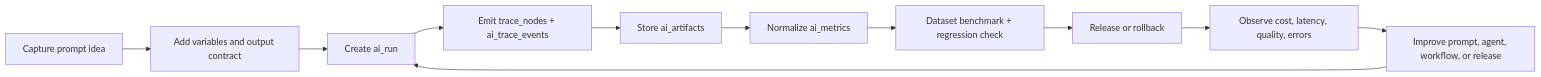
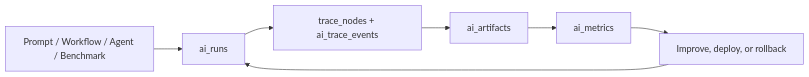
One commit to obone410/AI-Prompt-Management-Platform changed the diagram in README.md. Above: the diagram before and after it, drawn with Mermaid. The commit also changed other lines of this file and 5 other files, not shown here.

````diff
--- a/README.md
+++ b/README.md
@@ -90,13 +41,9 @@
 ```mermaid
 flowchart LR
-  Capture["Capture prompt idea"] --> Structure["Add variables and output contract"]
-  Structure --> Run["Create ai_run"]
-  Run --> Trace["Emit trace_nodes + ai_trace_events"]
-  Trace --> Artifact["Store ai_artifacts"]
-  Artifact --> Metrics["Normalize ai_metrics"]
-  Metrics --> Benchmark["Dataset benchmark + regression check"]
-  Benchmark --> Release["Release or rollback"]
-  Release --> Observe["Observe cost, latency, quality, errors"]
-  Observe --> Improve["Improve prompt, agent, workflow, or release"]
+  Prompt["Prompt / Workflow / Agent / Benchmark"] --> Run["ai_runs"]
+  Run --> Trace["trace_nodes + ai_trace_events"]
+  Trace --> Artifact["ai_artifacts"]
+  Artifact --> Metric["ai_metrics"]
+  Metric --> Improve["Improve, deploy, or rollback"]
   Improve --> Run
 ```
````
